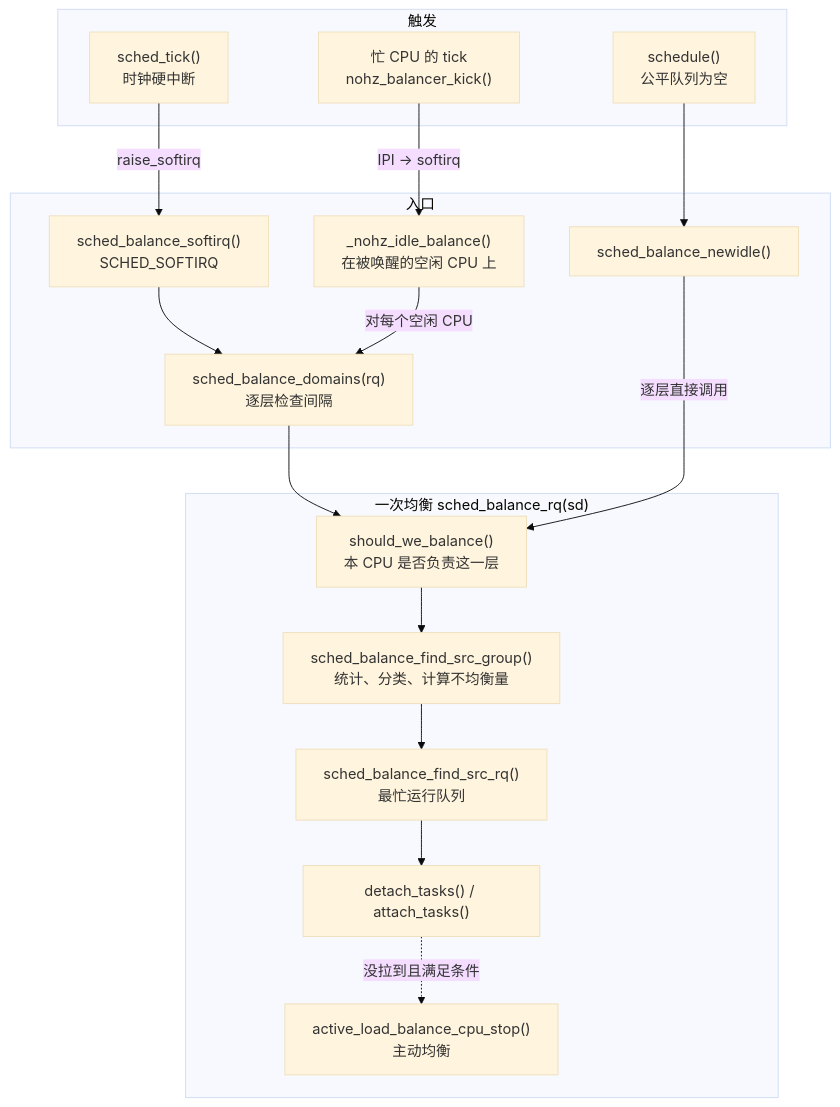
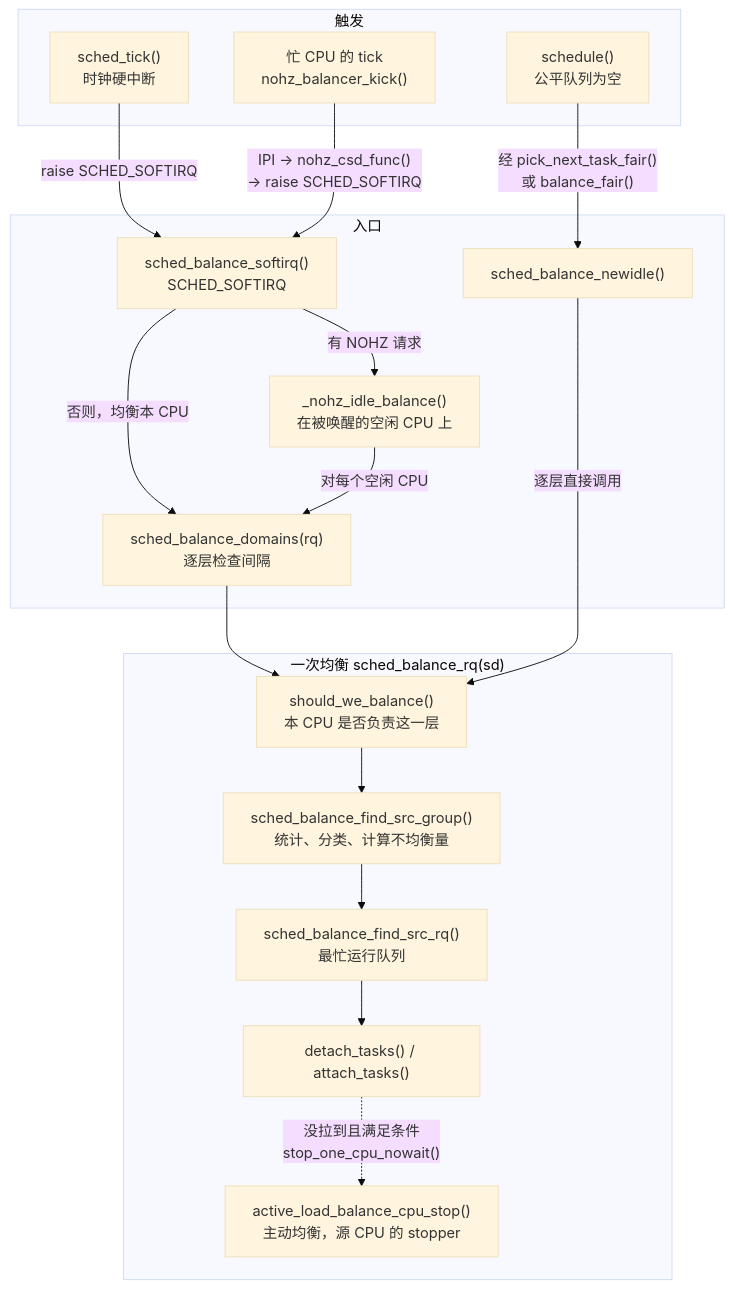
The first of 6 diagrams in book/sched/loadbalance.md (linuxperf/linux-study), drawn with Mermaid (base theme) before and after one commit. The commit also changed other lines of this file and 2 other files, not shown here.

````diff
--- a/book/sched/loadbalance.md
+++ b/book/sched/loadbalance.md
@@ -90,30 +91,31 @@
 ```mermaid
 flowchart TB
     subgraph TRIG["触发"]
         T1["sched_tick()<br/>时钟硬中断"]
         T2["schedule()<br/>公平队列为空"]
         T3["忙 CPU 的 tick<br/>nohz_balancer_kick()"]
     end
     subgraph ENTRY["入口"]
         E1["sched_balance_softirq()<br/>SCHED_SOFTIRQ"]
         E2["sched_balance_newidle()"]
         E3["_nohz_idle_balance()<br/>在被唤醒的空闲 CPU 上"]
         E4["sched_balance_domains(rq)<br/>逐层检查间隔"]
     end
     subgraph CORE["一次均衡 sched_balance_rq(sd)"]
         C1["should_we_balance()<br/>本 CPU 是否负责这一层"]
         C2["sched_balance_find_src_group()<br/>统计、分类、计算不均衡量"]
         C3["sched_balance_find_src_rq()<br/>最忙运行队列"]
         C4["detach_tasks() / attach_tasks()"]
-        C5["active_load_balance_cpu_stop()<br/>主动均衡"]
+        C5["active_load_balance_cpu_stop()<br/>主动均衡，源 CPU 的 stopper"]
     end
-    T1 -->|"raise_softirq"| E1
-    T2 --> E2
-    T3 -->|"IPI → softirq"| E3
-    E1 --> E4
+    T1 -->|"raise SCHED_SOFTIRQ"| E1
+    T2 -->|"经 pick_next_task_fair()<br/>或 balance_fair()"| E2
+    T3 -->|"IPI → nohz_csd_func()<br/>→ raise SCHED_SOFTIRQ"| E1
+    E1 -->|"有 NOHZ 请求"| E3
+    E1 -->|"否则，均衡本 CPU"| E4
     E3 -->|"对每个空闲 CPU"| E4
     E4 --> C1
     E2 -->|"逐层直接调用"| C1
     C1 --> C2 --> C3 --> C4
-    C4 -.->|"没拉到且满足条件"| C5
+    C4 -.->|"没拉到且满足条件<br/>stop_one_cpu_nowait()"| C5
 ```
````
